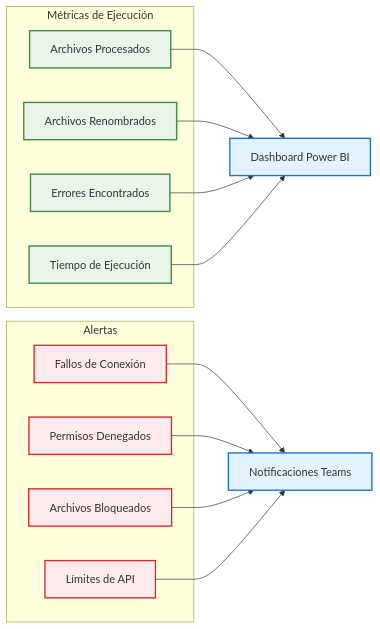
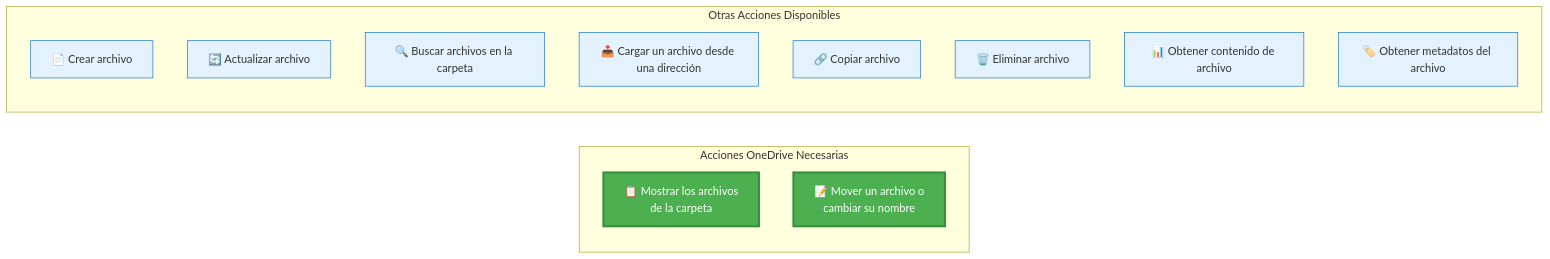
The sixth of 7 diagrams in flujo_presupuesto/diagrama_flujo_power_automate.md (melqui16rv/automatizaciones), drawn with Mermaid before and after one commit. The commit also changed other lines of this file and 1 other file, not shown here.

Commit message:
explicación flujo presupuesto - validación y cambio de nombre de los archivos -5

````diff
--- a/flujo_presupuesto/diagrama_flujo_power_automate.md
+++ b/flujo_presupuesto/diagrama_flujo_power_automate.md
@@ -395,34 +237,24 @@
 ```mermaid
 graph LR
-    subgraph "Métricas de Ejecución"
-        A[Archivos Procesados]
-        B[Archivos Renombrados]
-        C[Errores Encontrados]
-        D[Tiempo de Ejecución]
+    subgraph "Acciones OneDrive Necesarias"
+        A["📋 Mostrar los archivos<br/>de la carpeta"]
+        B["📝 Mover un archivo o<br/>cambiar su nombre"]
     end
     
-    subgraph "Alertas"
-        E[Fallos de Conexión]
-        F[Permisos Denegados]
-        G[Archivos Bloqueados]
-        H[Límites de API]
+    subgraph "Otras Acciones Disponibles"
+        C["📄 Crear archivo"]
+        D["🔄 Actualizar archivo"]
+        E["🔍 Buscar archivos en la carpeta"]
+        F["📥 Cargar un archivo desde una dirección"]
+        G["🔗 Copiar archivo"]
+        H["🗑️ Eliminar archivo"]
+        I["📊 Obtener contenido de archivo"]
+        J["🏷️ Obtener metadatos del archivo"]
     end
     
-    A --> I[Dashboard Power BI]
-    B --> I
-    C --> I
-    D --> I
+    classDef needed fill:#4caf50,color:#ffffff,stroke:#388e3c,stroke-width:3px
+    classDef available fill:#e3f2fd,stroke:#1976d2,stroke-width:1px
     
-    E --> J[Notificaciones Teams]
-    F --> J
-    G --> J
-    H --> J
-    
-    classDef metric fill:#e8f5e8,stroke:#388e3c,stroke-width:2px
-    classDef alert fill:#ffebee,stroke:#d32f2f,stroke-width:2px
-    classDef output fill:#e3f2fd,stroke:#1976d2,stroke-width:2px
-    
-    class A,B,C,D metric
-    class E,F,G,H alert
-    class I,J output
+    class A,B needed
+    class C,D,E,F,G,H,I,J available
 ```
````
